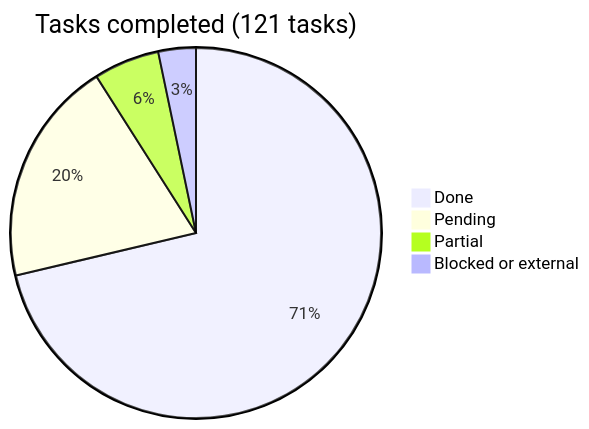
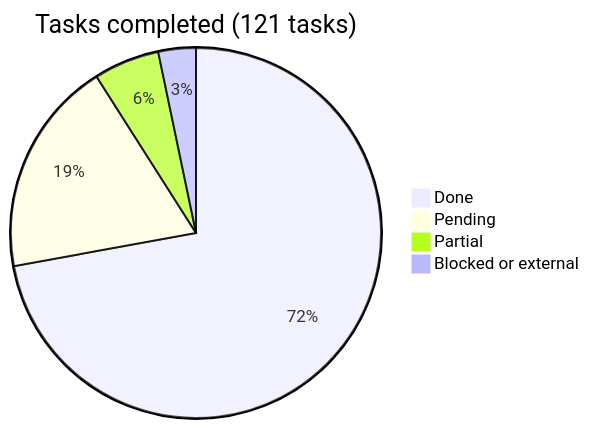
Before and after one commit to araguaney-lat/araguaney-app: the diagram in docs/roadmap/README.md, drawn with Mermaid. The commit also changed other lines of this file and 13 other files, not shown here.

````diff
--- a/docs/roadmap/README.md
+++ b/docs/roadmap/README.md
@@ -16,7 +16,7 @@
 ```mermaid
 pie title Tasks completed (121 tasks)
-    "Done" : 87
-    "Pending" : 24
+    "Done" : 88
+    "Pending" : 23
     "Partial" : 7
     "Blocked or external" : 4
 ```
````
